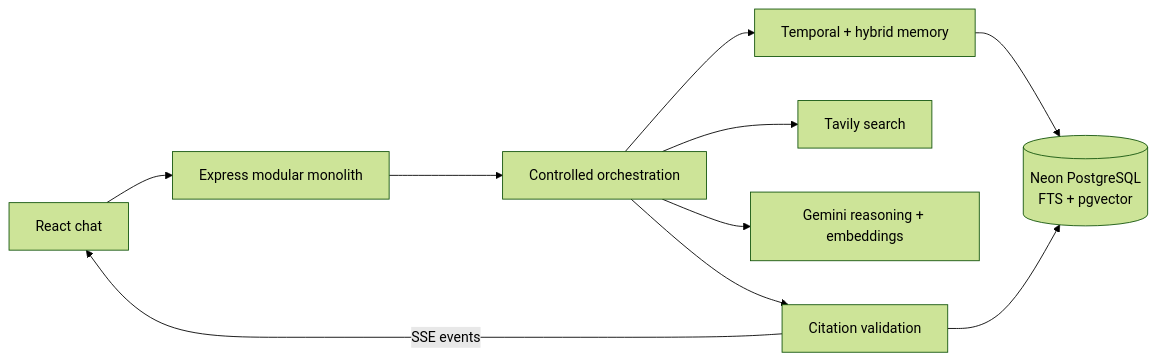
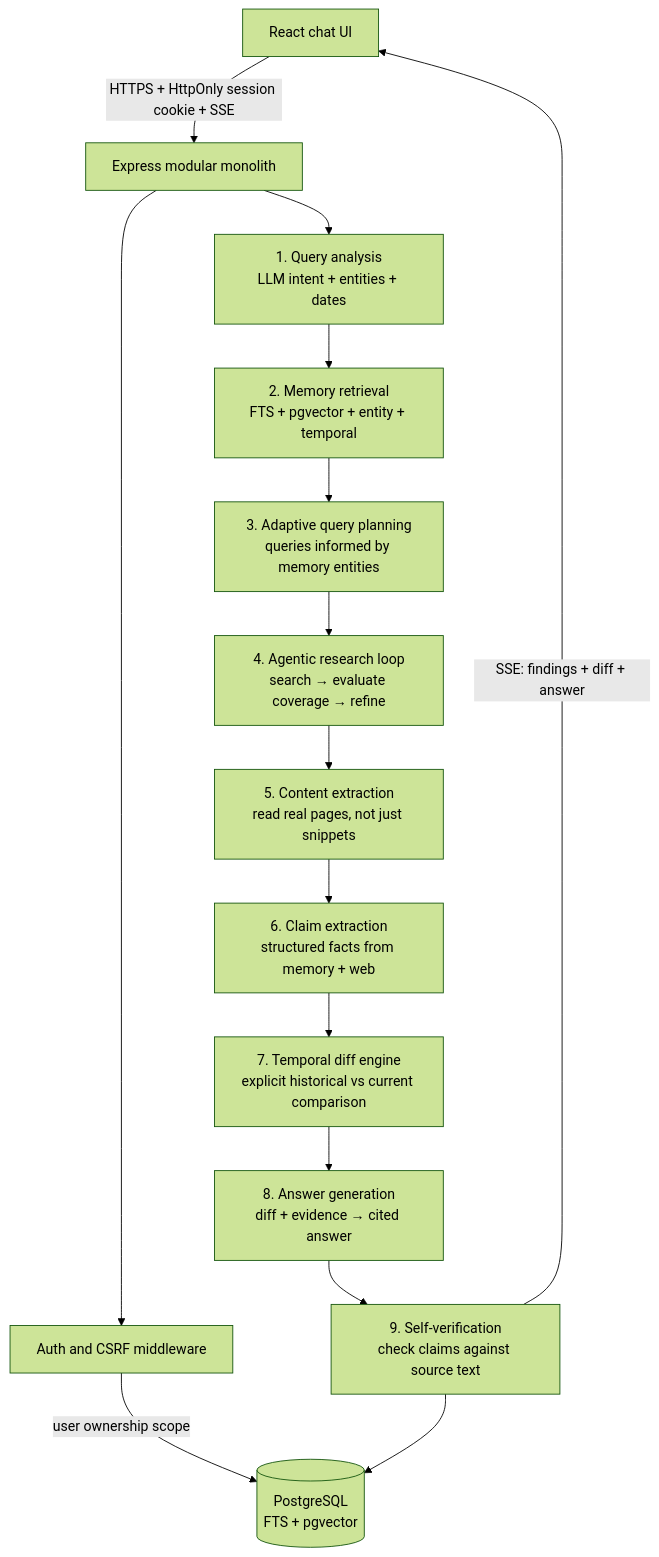
One commit to 05tanish/MINIMI_CHALLANGE changed the diagram in DESIGN.md. Above: the diagram before and after it, drawn with Mermaid (forest theme). The commit also changed other lines of this file and 25 other files, not shown here.

````diff
--- a/DESIGN.md
+++ b/DESIGN.md
@@ -3,12 +7,17 @@
 ```mermaid
-flowchart LR
-  UI[React chat] --> API[Express modular monolith]
-  API --> ORCH[Controlled orchestration]
-  ORCH --> MEM[Temporal + hybrid memory]
-  MEM --> DB[(Neon PostgreSQL<br/>FTS + pgvector)]
-  ORCH --> WEB[Tavily search]
-  ORCH --> LLM[Gemini reasoning + embeddings]
-  ORCH --> CIT[Citation validation]
-  CIT --> DB
-  CIT -->|SSE events| UI
+flowchart TD
+  UI[React chat UI] -->|HTTPS + HttpOnly session cookie + SSE| API[Express modular monolith]
+  API --> AUTH[Auth and CSRF middleware]
+  AUTH -->|user ownership scope| DB[(PostgreSQL + pgvector)]
+  API --> PARSE[1. Query analysis<br/>LLM intent + entities + dates]
+  PARSE --> MEM[2. Memory retrieval<br/>FTS + pgvector + entity + temporal]
+  MEM --> PLAN[3. Adaptive query planning<br/>queries informed by memory entities]
+  PLAN --> LOOP[4. Agentic research loop<br/>search → evaluate coverage → refine]
+  LOOP --> EXTRACT[5. Content extraction<br/>read real pages, not just snippets]
+  EXTRACT --> CLAIMS[6. Claim extraction<br/>structured facts from memory + web]
+  CLAIMS --> DIFF[7. Temporal diff engine<br/>explicit historical vs current comparison]
+  DIFF --> LLM[8. Answer generation<br/>diff + evidence → cited answer]
+  LLM --> VERIFY[9. Self-verification<br/>check claims against source text]
+  VERIFY --> DB[(PostgreSQL<br/>FTS + pgvector)]
+  VERIFY -->|SSE: findings + diff + answer| UI
 ```
````
